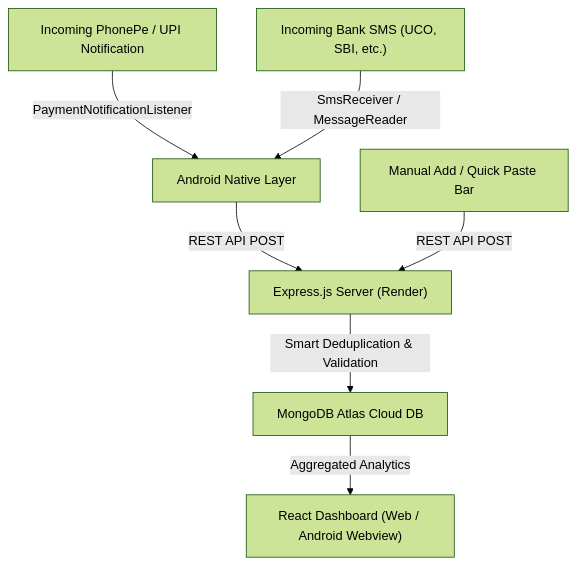
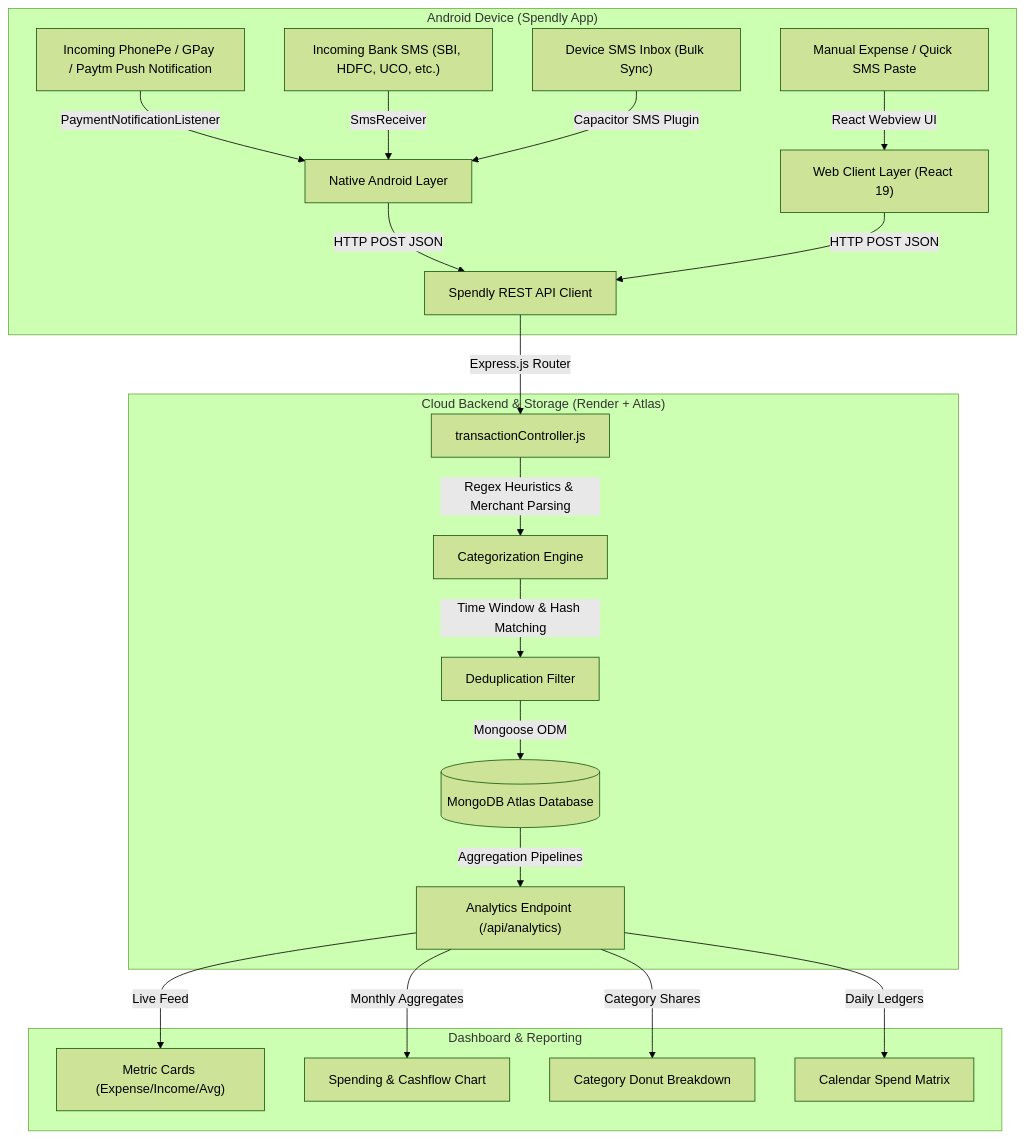
One commit to devxbhabani/Spendly changed the diagram in README.md. Above: the diagram before and after it, drawn with Mermaid (forest theme). The commit also changed other lines of this file and 2 other files, not shown here.

````diff
--- a/README.md
+++ b/README.md
@@ -64,9 +77,26 @@
 ```mermaid
-graph TD
-    A["Incoming PhonePe / UPI Notification"] -->|PaymentNotificationListener| C["Android Native Layer"]
-    B["Incoming Bank SMS (UCO, SBI, etc.)"] -->|SmsReceiver / MessageReader| C
-    C -->|REST API POST| D["Express.js Server (Render)"]
-    D -->|Smart Deduplication & Validation| E["MongoDB Atlas Cloud DB"]
-    E -->|Aggregated Analytics| F["React Dashboard (Web / Android Webview)"]
-    G["Manual Add / Quick Paste Bar"] -->|REST API POST| D
+flowchart TD
+    subgraph MobileDevice["Android Device (Spendly App)"]
+        A1["Incoming PhonePe / GPay / Paytm Push Notification"] -->|PaymentNotificationListener| B["Native Android Layer"]
+        A2["Incoming Bank SMS (SBI, HDFC, UCO, etc.)"] -->|SmsReceiver| B
+        A3["Device SMS Inbox (Bulk Sync)"] -->|Capacitor SMS Plugin| B
+        A4["Manual Expense / Quick SMS Paste"] -->|React Webview UI| C["Web Client Layer (React 19)"]
+        B -->|HTTP POST JSON| D["Spendly REST API Client"]
+        C -->|HTTP POST JSON| D
+    end
+
+    subgraph CloudInfrastructure["Cloud Backend & Storage (Render + Atlas)"]
+        D -->|Express.js Router| E["transactionController.js"]
+        E -->|Regex Heuristics & Merchant Parsing| F["Categorization Engine"]
+        F -->|Time Window & Hash Matching| G["Deduplication Filter"]
+        G -->|Mongoose ODM| H[("MongoDB Atlas Database")]
+        H -->|Aggregation Pipelines| I["Analytics Endpoint (/api/analytics)"]
+    end
+
+    subgraph ClientDashboard["Dashboard & Reporting"]
+        I -->|Live Feed| J["Metric Cards (Expense/Income/Avg)"]
+        I -->|Monthly Aggregates| K["Spending & Cashflow Chart"]
+        I -->|Category Shares| L["Category Donut Breakdown"]
+        I -->|Daily Ledgers| M["Calendar Spend Matrix"]
+    end
 ```
````
